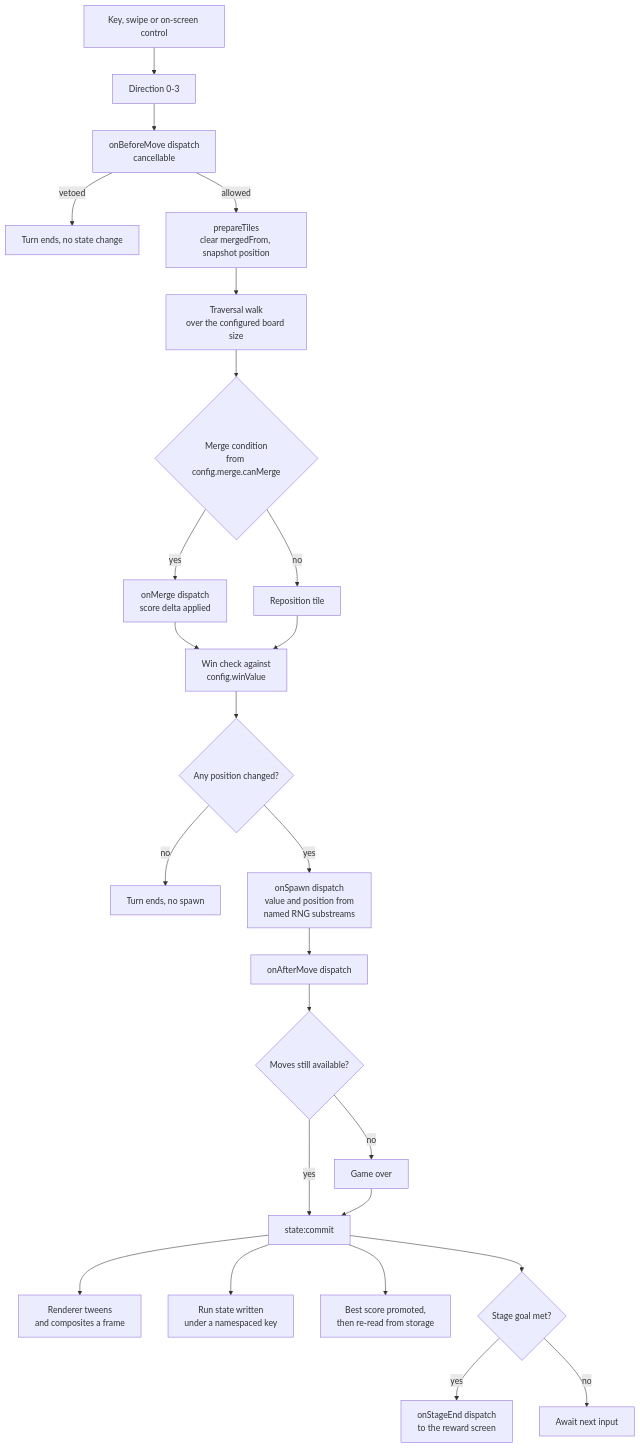
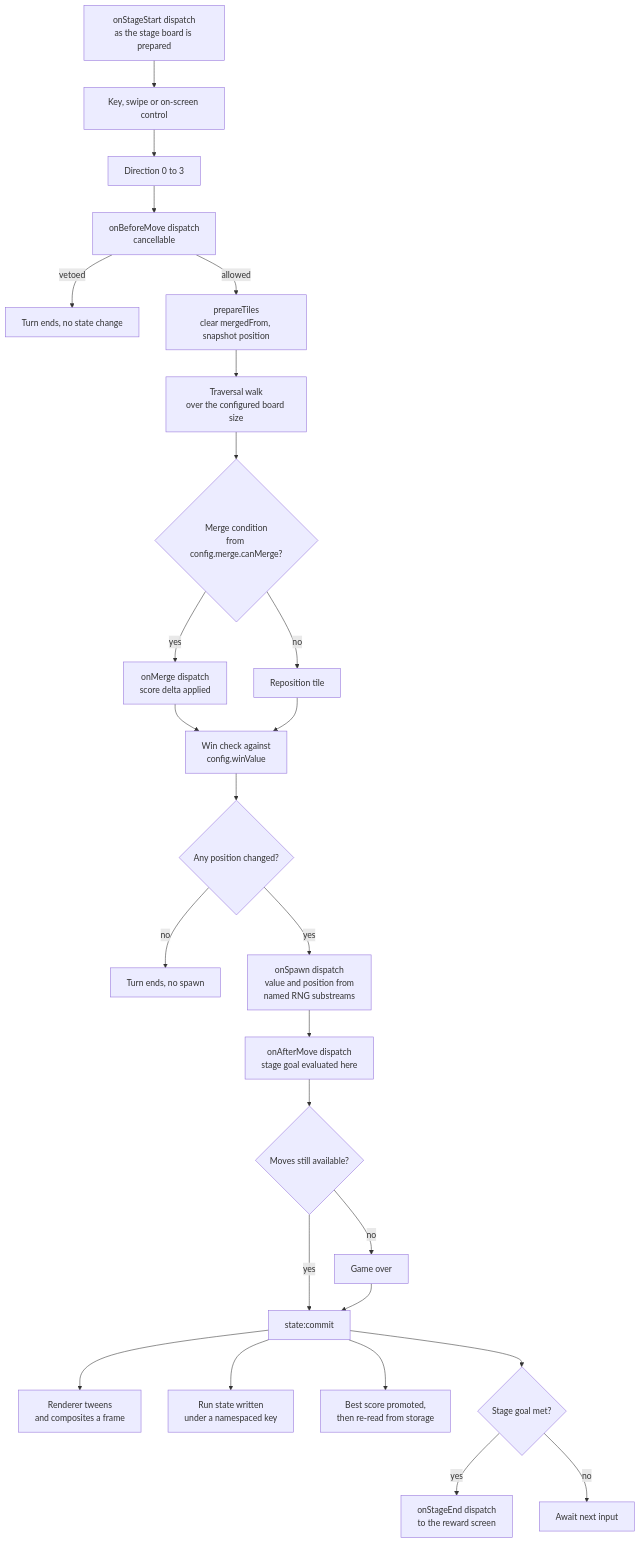
One commit to blitzy-public-samples/2048 changed the first of 2 diagrams in docs/architecture/data-flow.md. Above: the diagram before and after it, drawn with Mermaid. The commit also changed other lines of this file and 6 other files, not shown here.

First line of the commit message:
Publish the turn, determinism and screen-flow architecture figures

````diff
--- a/docs/architecture/data-flow.md
+++ b/docs/architecture/data-flow.md
@@ -27,27 +39,29 @@
 ```mermaid
 flowchart TD
-    K["Key, swipe or on-screen control"] --> D["Direction 0-3"]
-    D --> BM["onBeforeMove dispatch<br/>cancellable"]
-    BM -->|"vetoed"| END1["Turn ends, no state change"]
-    BM -->|"allowed"| PREP["prepareTiles<br/>clear mergedFrom, snapshot position"]
-    PREP --> TRAV["Traversal walk<br/>over the configured board size"]
-    TRAV --> MG{"Merge condition<br/>from config.merge.canMerge"}
-    MG -->|"yes"| MH["onMerge dispatch<br/>score delta applied"]
-    MG -->|"no"| MV["Reposition tile"]
-    MH --> CHK["Win check against<br/>config.winValue"]
-    MV --> CHK
-    CHK --> MOVED{"Any position changed?"}
-    MOVED -->|"no"| END2["Turn ends, no spawn"]
-    MOVED -->|"yes"| SP["onSpawn dispatch<br/>value and position from<br/>named RNG substreams"]
-    SP --> AF["onAfterMove dispatch"]
-    AF --> LOSS{"Moves still available?"}
-    LOSS -->|"no"| OVER["Game over"]
-    LOSS -->|"yes"| COMMIT["state:commit"]
-    OVER --> COMMIT
-    COMMIT --> R["Renderer tweens<br/>and composites a frame"]
-    COMMIT --> PERSIST["Run state written<br/>under a namespaced key"]
-    COMMIT --> BEST["Best score promoted,<br/>then re-read from storage"]
-    COMMIT --> SG{"Stage goal met?"}
-    SG -->|"yes"| SE["onStageEnd dispatch<br/>to the reward screen"]
-    SG -->|"no"| WAIT["Await next input"]
+  SS["onStageStart dispatch<br/>as the stage board is prepared"]
+  SS --> K["Key, swipe or on-screen control"]
+  K --> D["Direction 0 to 3"]
+  D --> BM["onBeforeMove dispatch<br/>cancellable"]
+  BM -->|"vetoed"| END1["Turn ends, no state change"]
+  BM -->|"allowed"| PREP["prepareTiles<br/>clear mergedFrom, snapshot position"]
+  PREP --> TRAV["Traversal walk<br/>over the configured board size"]
+  TRAV --> MG{"Merge condition<br/>from config.merge.canMerge?"}
+  MG -->|"yes"| MH["onMerge dispatch<br/>score delta applied"]
+  MG -->|"no"| MV["Reposition tile"]
+  MH --> CHK["Win check against<br/>config.winValue"]
+  MV --> CHK
+  CHK --> MOVED{"Any position changed?"}
+  MOVED -->|"no"| END2["Turn ends, no spawn"]
+  MOVED -->|"yes"| SP["onSpawn dispatch<br/>value and position from<br/>named RNG substreams"]
+  SP --> AF["onAfterMove dispatch<br/>stage goal evaluated here"]
+  AF --> LOSS{"Moves still available?"}
+  LOSS -->|"no"| OVER["Game over"]
+  LOSS -->|"yes"| COMMIT["state:commit"]
+  OVER --> COMMIT
+  COMMIT --> R["Renderer tweens<br/>and composites a frame"]
+  COMMIT --> PERSIST["Run state written<br/>under a namespaced key"]
+  COMMIT --> BEST["Best score promoted,<br/>then re-read from storage"]
+  COMMIT --> SG{"Stage goal met?"}
+  SG -->|"yes"| SE["onStageEnd dispatch<br/>to the reward screen"]
+  SG -->|"no"| WAIT["Await next input"]
 ```
````
